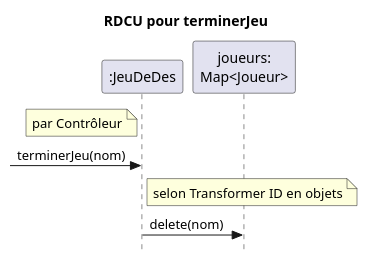
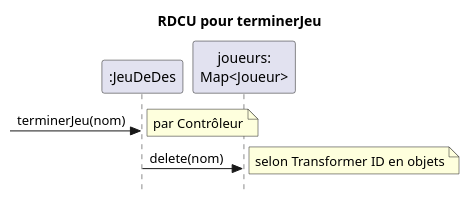
One commit to profcfuhrmanets/log210-jeu-de-des-node-express-ts changed the diagram in docs/rdcu-terminerJeu.puml. Above: the diagram before and after it, drawn with PlantUML. The commit also changed 4 other files, not shown here.

Commit message:
Refactored diagrams

```diff
--- a/docs/rdcu-terminerJeu.puml
+++ b/docs/rdcu-terminerJeu.puml
@@ -1,13 +1,13 @@
 @startuml
 skinparam style strictuml
 title RDCU pour terminerJeu
 participant ":JeuDeDes" as c
 participant "joueurs:\nMap<Joueur>" as jm
 'participant "j:Joueur" as j
-note left of c : par Contrôleur 
 ->c : terminerJeu(nom)
-note right of c : selon Transformer ID en objets 
+note right : par Contrôleur 
 c->jm : delete(nom)
+note right : selon Transformer ID en objets 
 'c-->j
 'destroy j
 @enduml
```
